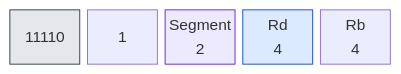
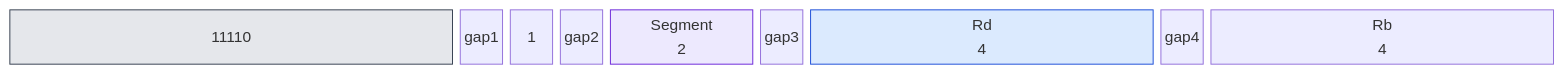
One commit to olfp/Deep16 changed the fourth of 32 diagrams in book/kap03.md. Above: the diagram before and after it, drawn with Mermaid. The commit also changed other lines of this file and 1 other file, not shown here.

Commit message:
book(kap03): LD/ST/LDS/STS-Diagramme auf 31-Spalten-Layout (Bitbreiten + Lücken) korrigiert

````diff
--- a/book/kap03.md
+++ b/book/kap03.md
@@ -108,18 +116,22 @@
 ```mermaid
 block-beta
-  columns 5
+  columns 31
   classDef op fill:#e5e7eb,stroke:#374151
   classDef reg fill:#dbeafe,stroke:#1d4ed8
   classDef imm fill:#fef3c7,stroke:#b45309
   classDef off fill:#dcfce7,stroke:#15803d
   classDef seg fill:#ede9fe,stroke:#6d28d9
   classDef all fill:#fee2e2,stroke:#b91c1c
-  b0["11110"]:1
+  b0["11110"]:9
+  gap1:1
   b1["1"]:1
-  b2["Segment<br/>2"]:1
-  b3["Rd<br/>4"]:1
-  b4["Rb<br/>4"]:1
+  gap2:1
+  b2["Segment<br/>2"]:3
+  gap3:1
+  b3["Rd<br/>4"]:7
+  gap4:1
+  b4["Rb<br/>4"]:7
   class b0 b1 op
   class b2 seg
   class b3 b4 reg
 ```
````
